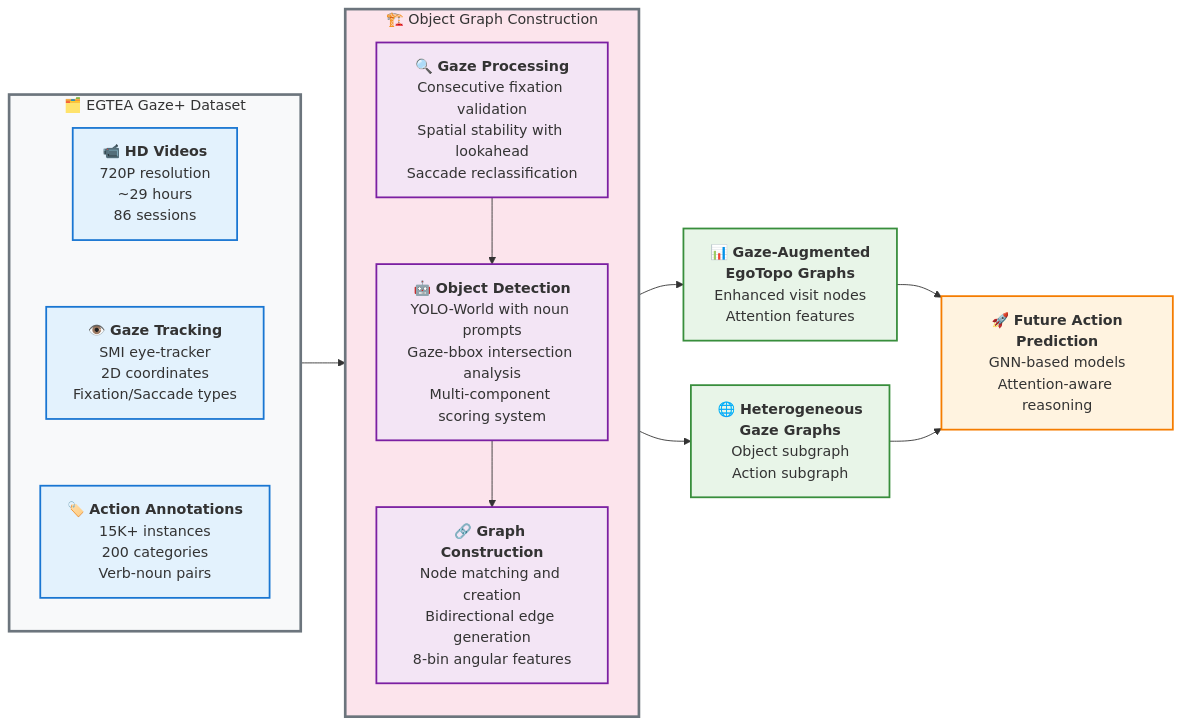
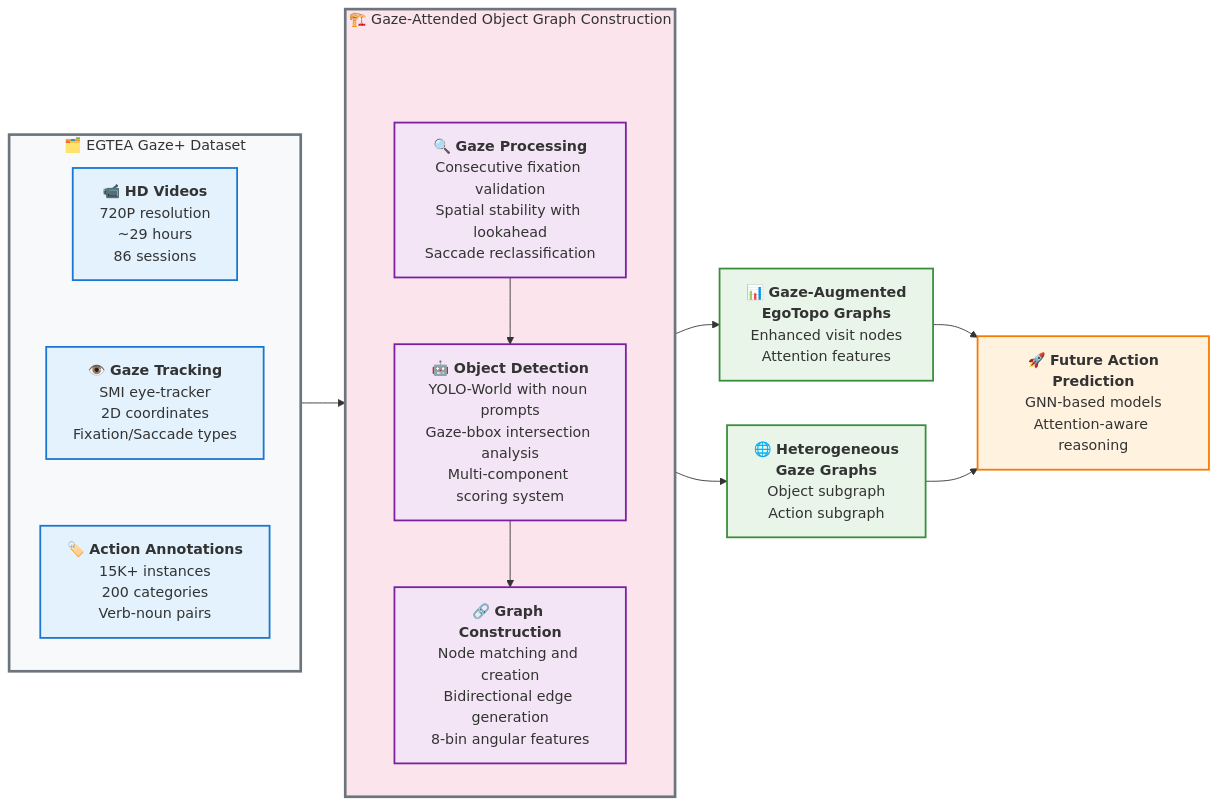
One commit to tavis-siebert/gaze-guided-scene changed the diagram in figures/graph-construction-overview.md. Above: the diagram before and after it, drawn with Mermaid.

Commit message:
feat(graph-construction-overview): add dummy node for spacing

```diff
--- a/figures/graph-construction-overview.md
+++ b/figures/graph-construction-overview.md
@@ -28,8 +28,10 @@
     end
     
     %% Core Processing Pipeline
-    subgraph Pipeline["🏗️ Object Graph Construction"]
+    subgraph Pipeline["🏗️ Gaze-Attended Object Graph Construction"]
         direction TB
+        dummy(( )):::spacer
+
         D["`🔍 **Gaze Processing**
         Consecutive fixation validation
         Spatial stability with lookahead
@@ -45,6 +47,7 @@
         Bidirectional edge generation
         8-bin angular features`"]
         
+        dummy ~~~ D
         D --> E
         E --> F
     end
@@ -71,6 +74,7 @@
     H --> I
     
     %% Styling for academic presentation
+    classDef spacer fill:transparent,stroke:transparent,stroke-width:0px
     classDef dataset fill:#f8f9fa,stroke:#6c757d,stroke-width:3px
     classDef pipeline fill:#fce4ec,stroke:#6c757d,stroke-width:3px
     classDef input fill:#e3f2fd,stroke:#1976d2,stroke-width:2px
```
